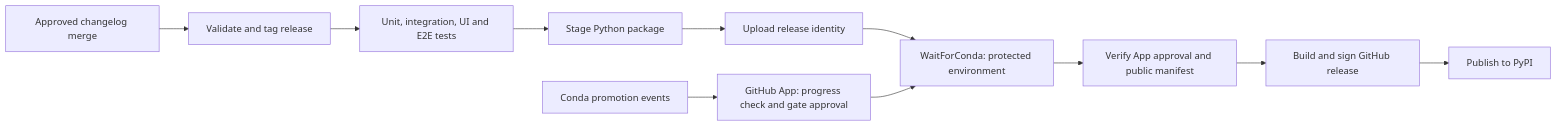
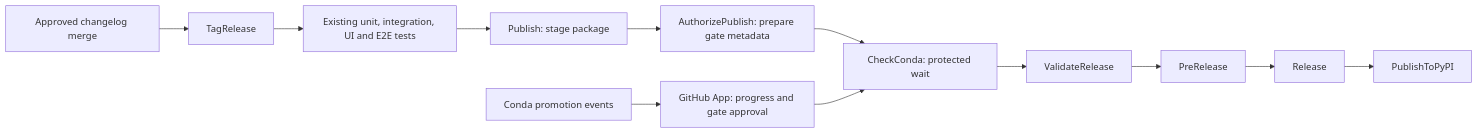
Before and after one commit to aws-deadline/deadline-cloud-for-unreal-engine: the diagram in docs/release-workflow.md, drawn with Mermaid. The commit also changed other lines of this file and 2 other files, not shown here.

Commit message:
ci: consolidate release using only existing jobs

````diff
--- a/docs/release-workflow.md
+++ b/docs/release-workflow.md
@@ -5,13 +5,14 @@
 ```mermaid
 flowchart LR
-    C[Approved changelog merge] --> T[Validate and tag release]
-    T --> Q[Unit, integration, UI and E2E tests]
-    Q --> S[Stage Python package]
-    S --> M[Upload release identity]
-    M --> W[WaitForConda: protected environment]
-    P[Conda promotion events] --> A[GitHub App: progress check and gate approval]
+    C[Approved changelog merge] --> T[TagRelease]
+    T --> Q[Existing unit, integration, UI and E2E tests]
+    Q --> S[Publish: stage package]
+    S --> M[AuthorizePublish: prepare gate metadata]
+    M --> W[CheckConda: protected wait]
+    P[Conda promotion events] --> A[GitHub App: progress and gate approval]
     A --> W
-    W --> V[Verify App approval and public manifest]
-    V --> R[Build and sign GitHub release]
-    R --> Y[Publish to PyPI]
+    W --> V[ValidateRelease]
+    V --> B[PreRelease]
+    B --> R[Release]
+    R --> Y[PublishToPyPI]
 ```
````
